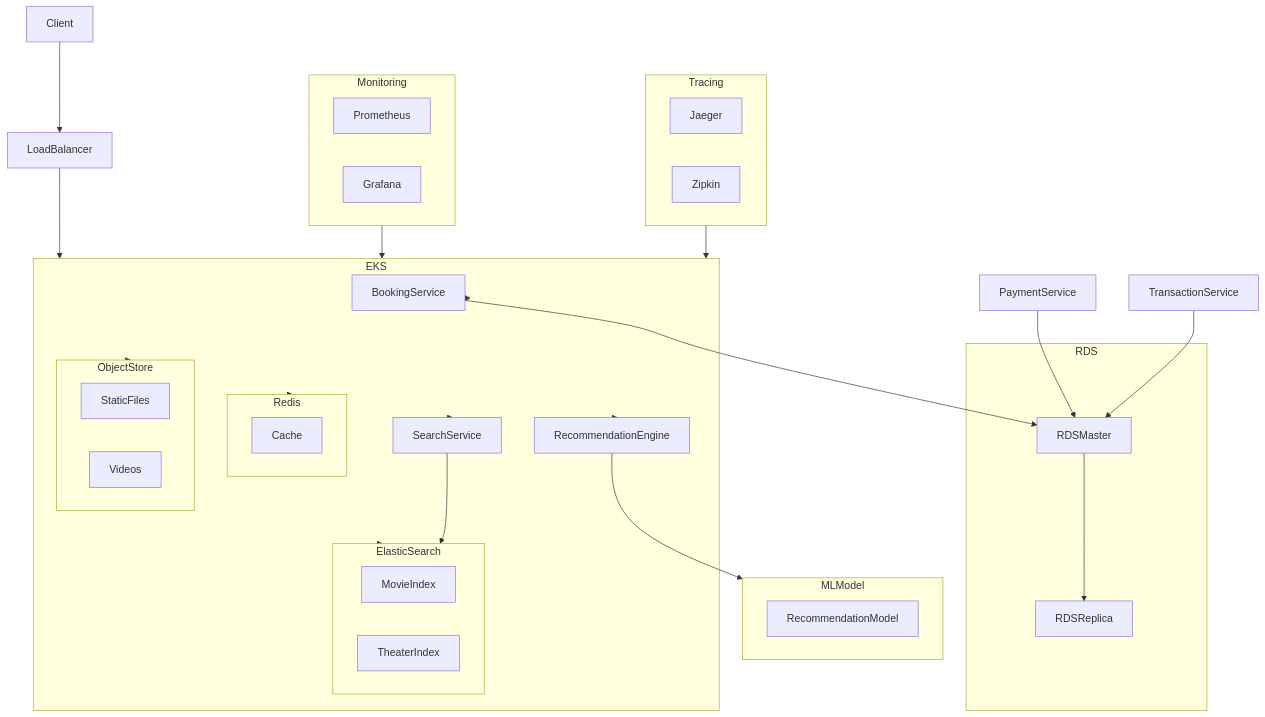
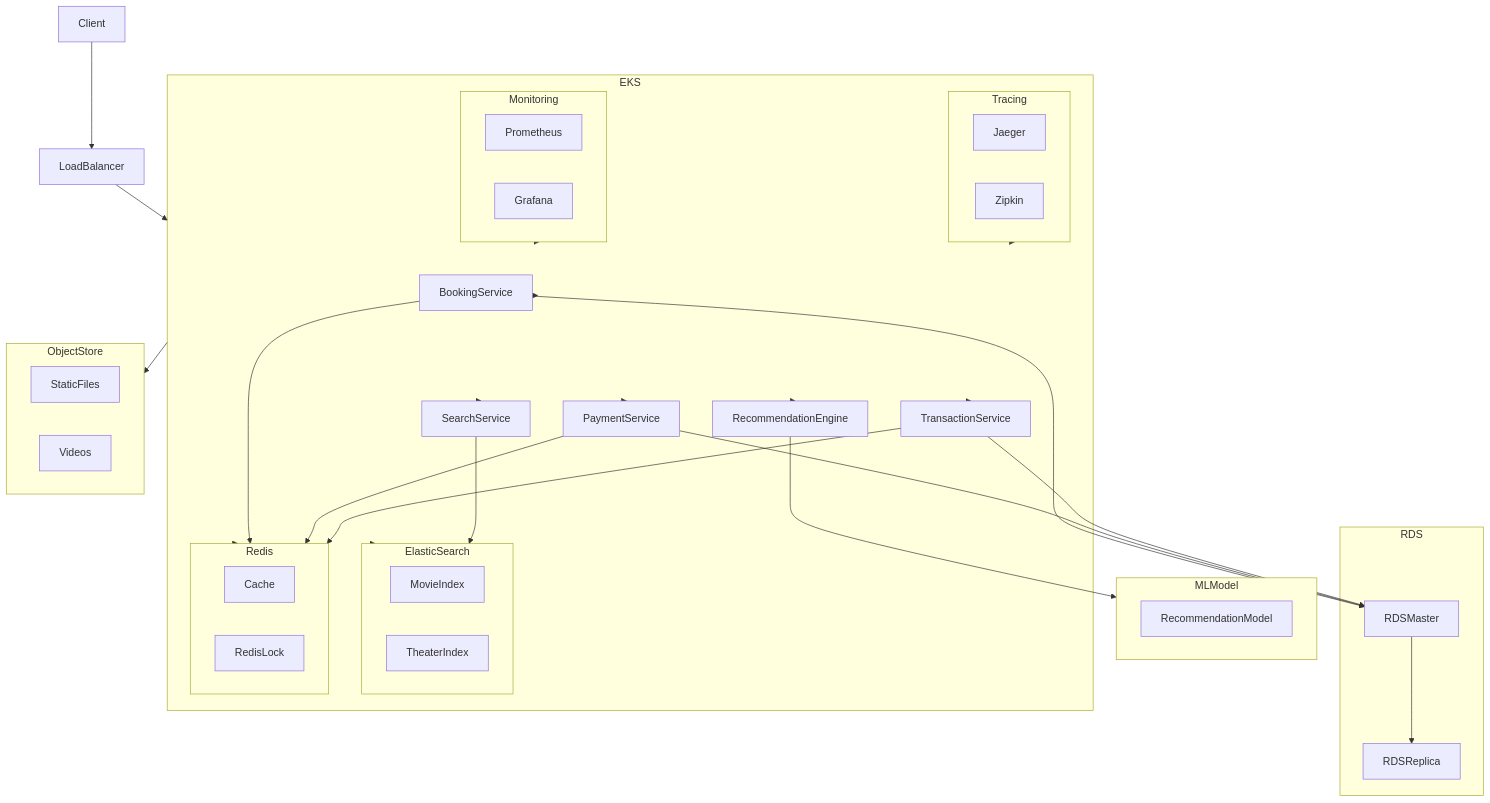
The third of 3 diagrams in README.md (harshadkumar-parmar/movie-ticket-booking), drawn with Mermaid before and after one commit. The commit also changed other lines of this file and 16 other files, not shown here.

````diff
--- a/README.md
+++ b/README.md
@@ -245,64 +246,73 @@
 ```mermaid
 
 graph TD;
     Client-->LoadBalancer;
     LoadBalancer-->EKS;
     EKS-->BookingService;
     EKS-->SearchService;
     EKS-->RecommendationEngine;
     EKS-->ElasticSearch;
     EKS-->Redis;
     EKS-->ObjectStore;
+    EKS-->PaymentService;
+    EKS-->TransactionService;
+    BookingService-->Redis;
+    PaymentService-->Redis;
+    TransactionService-->Redis;
     BookingService-->RDSMaster;
     PaymentService-->RDSMaster;
     TransactionService-->RDSMaster;
     RDSMaster-->RDSReplica;
     SearchService-->ElasticSearch;
     RecommendationEngine-->MLModel;
     Monitoring-->EKS;
     Tracing-->EKS;
     
     subgraph EKS
         BookingService
+        PaymentService
+        TransactionService
         SearchService
         RecommendationEngine
         ElasticSearch
         Redis
-        ObjectStore
+        Monitoring
+        Tracing
     end
     
     subgraph RDS
         RDSMaster
         RDSReplica
     end
     
     subgraph ElasticSearch
         MovieIndex
         TheaterIndex
     end
     
     subgraph MLModel
         RecommendationModel
     end
     
     subgraph Monitoring
         Prometheus
         Grafana
     end
     
     subgraph Tracing
         Jaeger
         Zipkin
     end
     
     subgraph Redis
         Cache
+        RedisLock
     end
     
     subgraph ObjectStore
         StaticFiles
         Videos
     end
 
 
 ```
````
